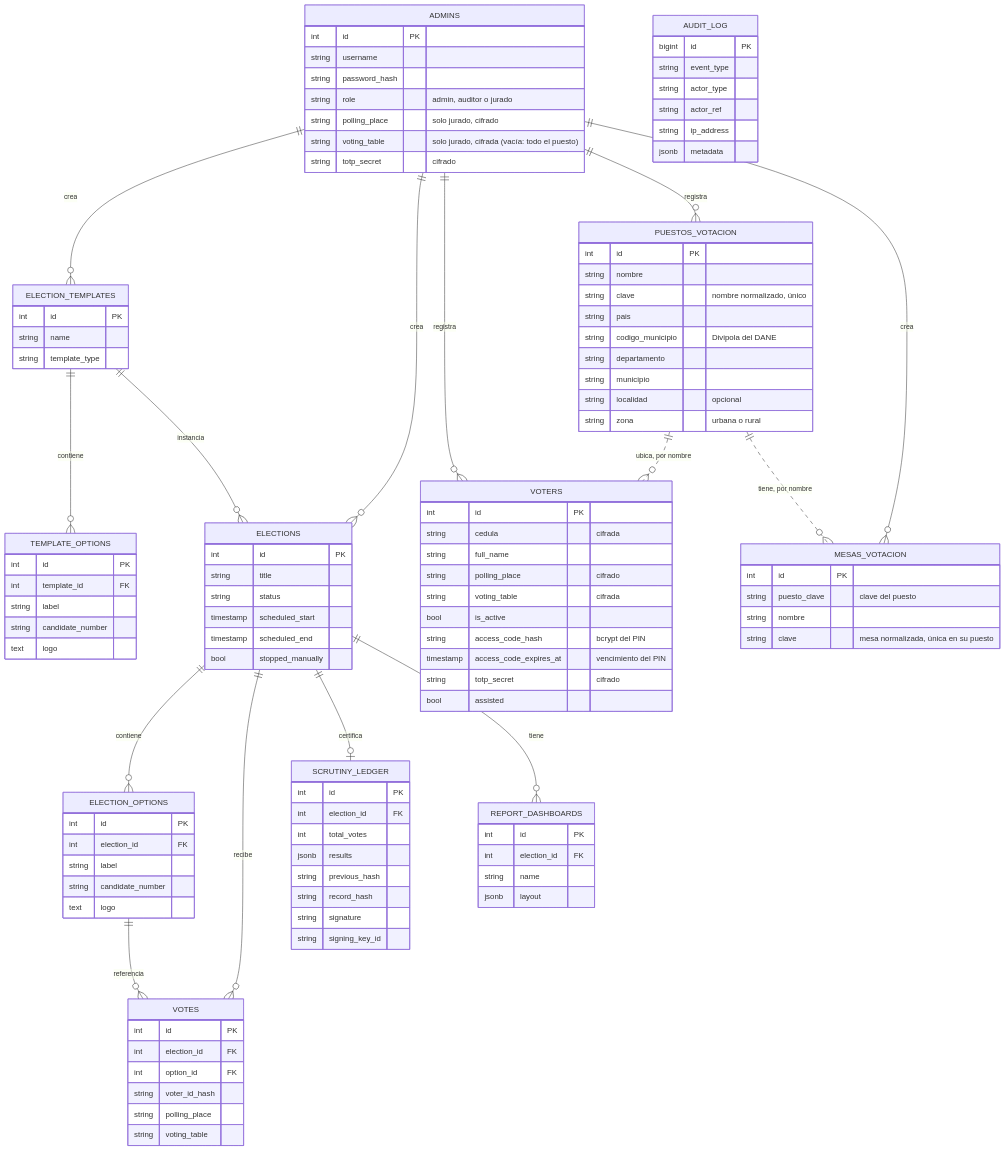
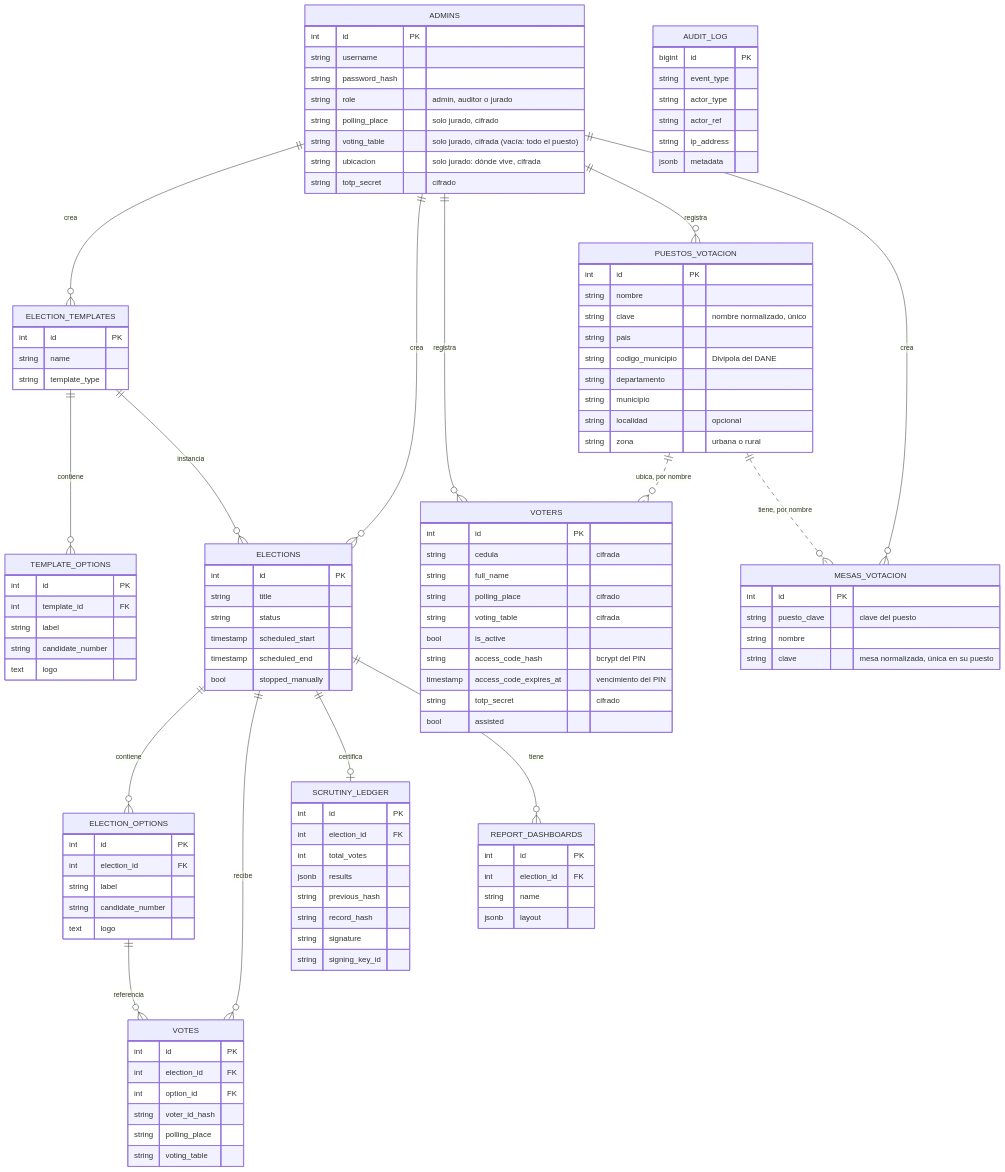
The fifth of 5 diagrams in docs/manual-arquitectura.md (NicolasPineda1421/LiveMetric), drawn with Mermaid before and after one commit. The commit also changed 24 other files, not shown here.

```diff
--- a/docs/manual-arquitectura.md
+++ b/docs/manual-arquitectura.md
@@ -392,6 +392,7 @@
         string role "admin, auditor o jurado"
         string polling_place "solo jurado, cifrado"
         string voting_table "solo jurado, cifrada (vacía: todo el puesto)"
+        string ubicacion "solo jurado: dónde vive, cifrada"
         string totp_secret "cifrado"
     }
     VOTERS {
```
